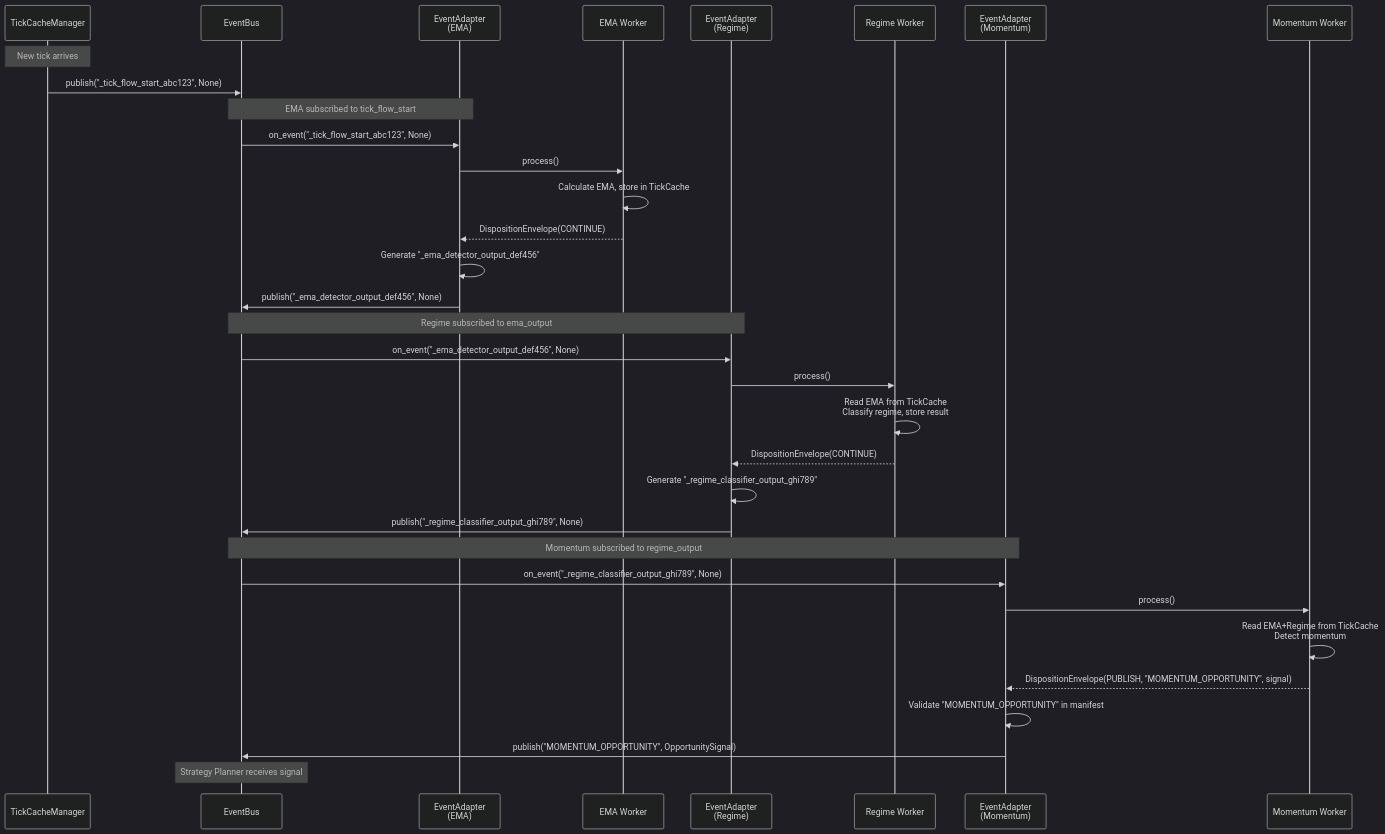
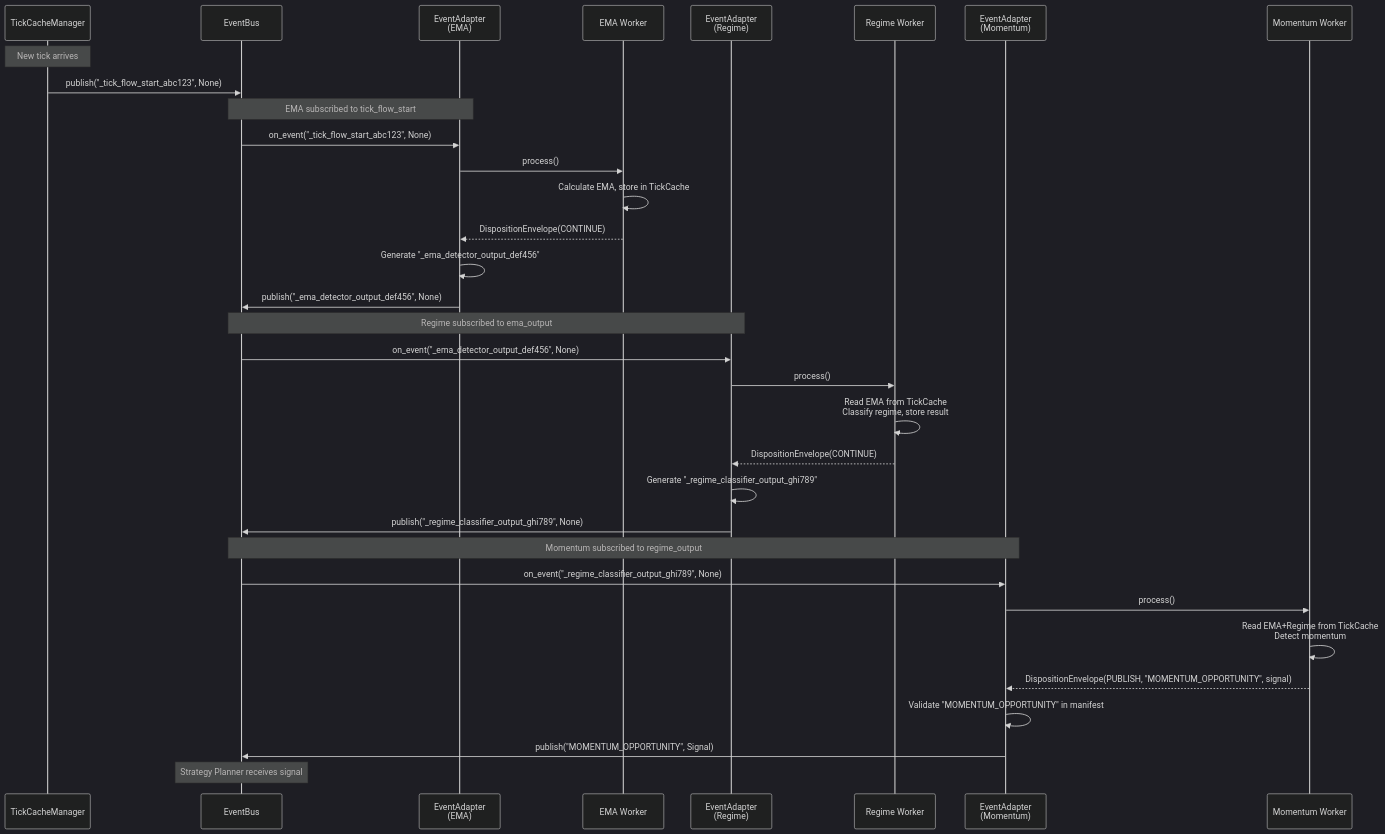
The third of 3 diagrams in docs/development/EVENTADAPTER_DESIGN.md (MikeyVK/S1mpleTraderV3), drawn with Mermaid (dark theme) before and after one commit. The commit also changed other lines of this file and 13 other files, not shown here.

````diff
--- a/docs/development/EVENTADAPTER_DESIGN.md
+++ b/docs/development/EVENTADAPTER_DESIGN.md
@@ -1066,40 +1066,40 @@
 ```mermaid
 sequenceDiagram
     participant TCM as TickCacheManager
     participant Bus as EventBus
     participant A1 as EventAdapter<br/>(EMA)
     participant W1 as EMA Worker
     participant A2 as EventAdapter<br/>(Regime)
     participant W2 as Regime Worker
     participant A3 as EventAdapter<br/>(Momentum)
     participant W3 as Momentum Worker
     
     Note over TCM: New tick arrives
     TCM->>Bus: publish("_tick_flow_start_abc123", None)
     
     Note over Bus,A1: EMA subscribed to tick_flow_start
     Bus->>A1: on_event("_tick_flow_start_abc123", None)
     A1->>W1: process()
     W1->>W1: Calculate EMA, store in TickCache
     W1-->>A1: DispositionEnvelope(CONTINUE)
     A1->>A1: Generate "_ema_detector_output_def456"
     A1->>Bus: publish("_ema_detector_output_def456", None)
     
     Note over Bus,A2: Regime subscribed to ema_output
     Bus->>A2: on_event("_ema_detector_output_def456", None)
     A2->>W2: process()
     W2->>W2: Read EMA from TickCache<br/>Classify regime, store result
     W2-->>A2: DispositionEnvelope(CONTINUE)
     A2->>A2: Generate "_regime_classifier_output_ghi789"
     A2->>Bus: publish("_regime_classifier_output_ghi789", None)
     
     Note over Bus,A3: Momentum subscribed to regime_output
     Bus->>A3: on_event("_regime_classifier_output_ghi789", None)
     A3->>W3: process()
     W3->>W3: Read EMA+Regime from TickCache<br/>Detect momentum
     W3-->>A3: DispositionEnvelope(PUBLISH, "MOMENTUM_OPPORTUNITY", signal)
     A3->>A3: Validate "MOMENTUM_OPPORTUNITY" in manifest
-    A3->>Bus: publish("MOMENTUM_OPPORTUNITY", OpportunitySignal)
+    A3->>Bus: publish("MOMENTUM_OPPORTUNITY", Signal)
     
     Note over Bus: Strategy Planner receives signal
 ```
````
